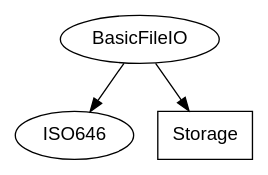
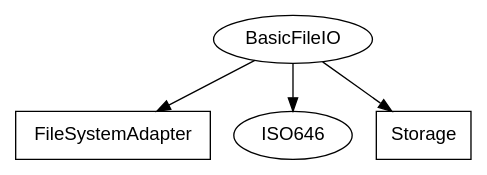
The diagram in BasicFileIO.dep.dot (m2sf/M2PP-Module-Dependency-Graphs), drawn with Graphviz before and after one commit. The commit also changed 3 other files, not shown here.

```diff
--- a/BasicFileIO.dep.dot
+++ b/BasicFileIO.dep.dot
@@ -1,12 +1,14 @@
 digraph BasicFileIODep {
   node [fontname=helvetica];
   
   BasicFileIO -> {
-    ISO646 Storage
+    FileSystemAdapter ISO646 Storage
   };
-    
+  
+  FileSystemAdapter [shape=box];
+  
   ISO646; /* no dependencies */
   
   Storage [shape=box]; /* stdlib */
     
 } /* BasicFileIODep */
```
